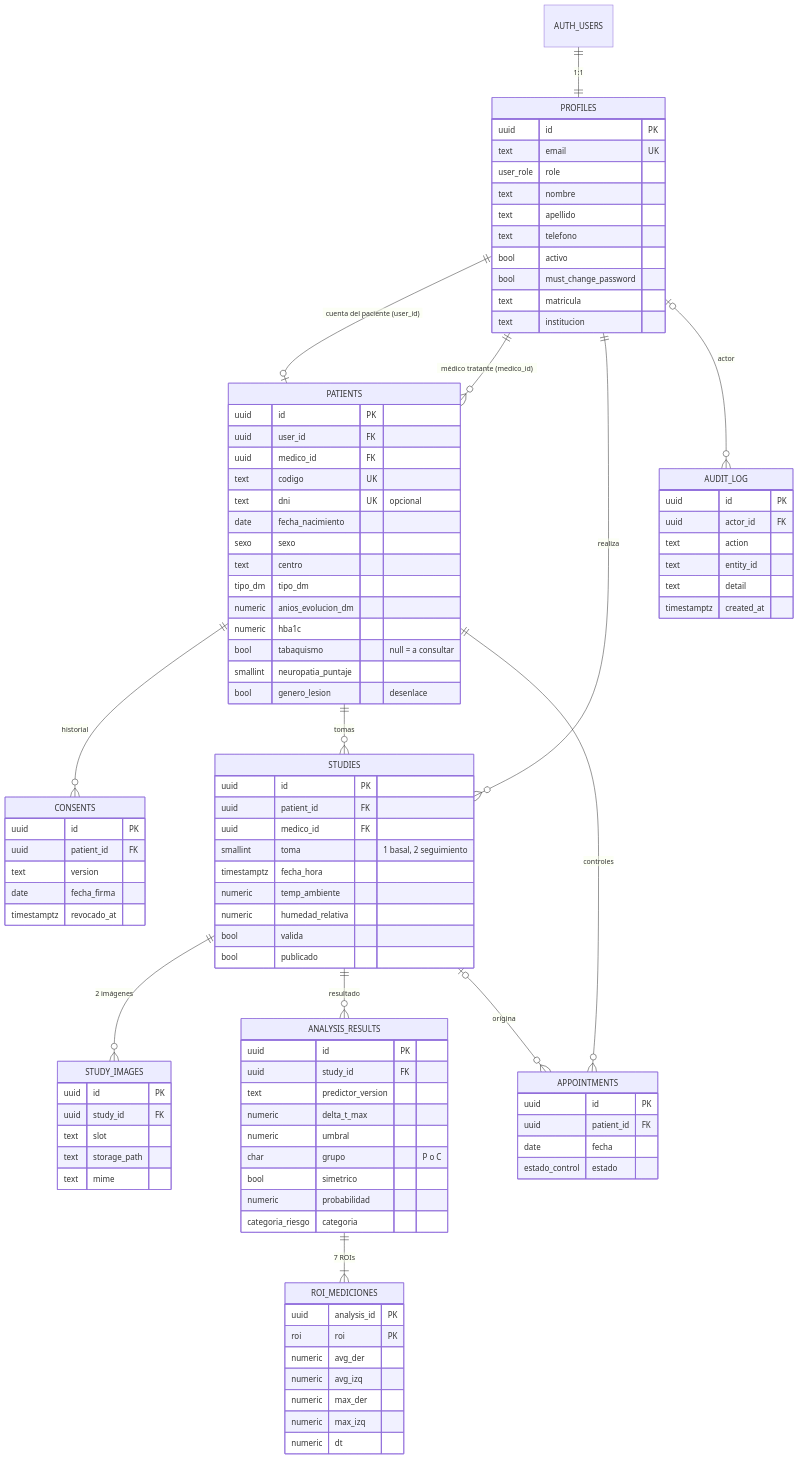
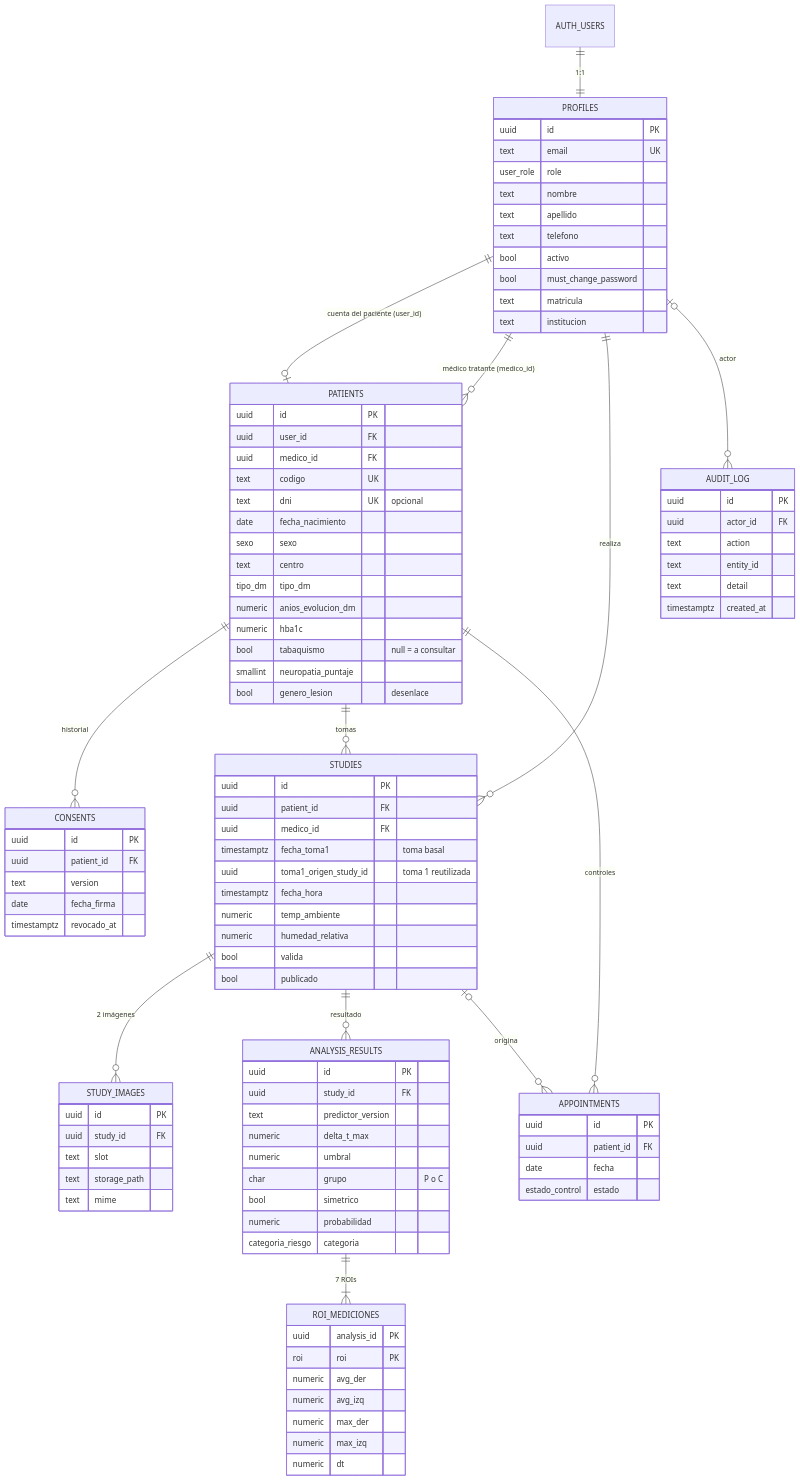
Before and after one commit to ivanjalid1/portal-pie-diabetico: the diagram in docs/modelo-datos.md, drawn with Mermaid. The commit also changed other lines of this file and 6 other files, not shown here.

```diff
--- a/docs/modelo-datos.md
+++ b/docs/modelo-datos.md
@@ -60,7 +60,8 @@
     uuid id PK
     uuid patient_id FK
     uuid medico_id FK
-    smallint toma "1 basal, 2 seguimiento"
+    timestamptz fecha_toma1 "toma basal"
+    uuid toma1_origen_study_id "toma 1 reutilizada"
     timestamptz fecha_hora
     numeric temp_ambiente
     numeric humedad_relativa
```
